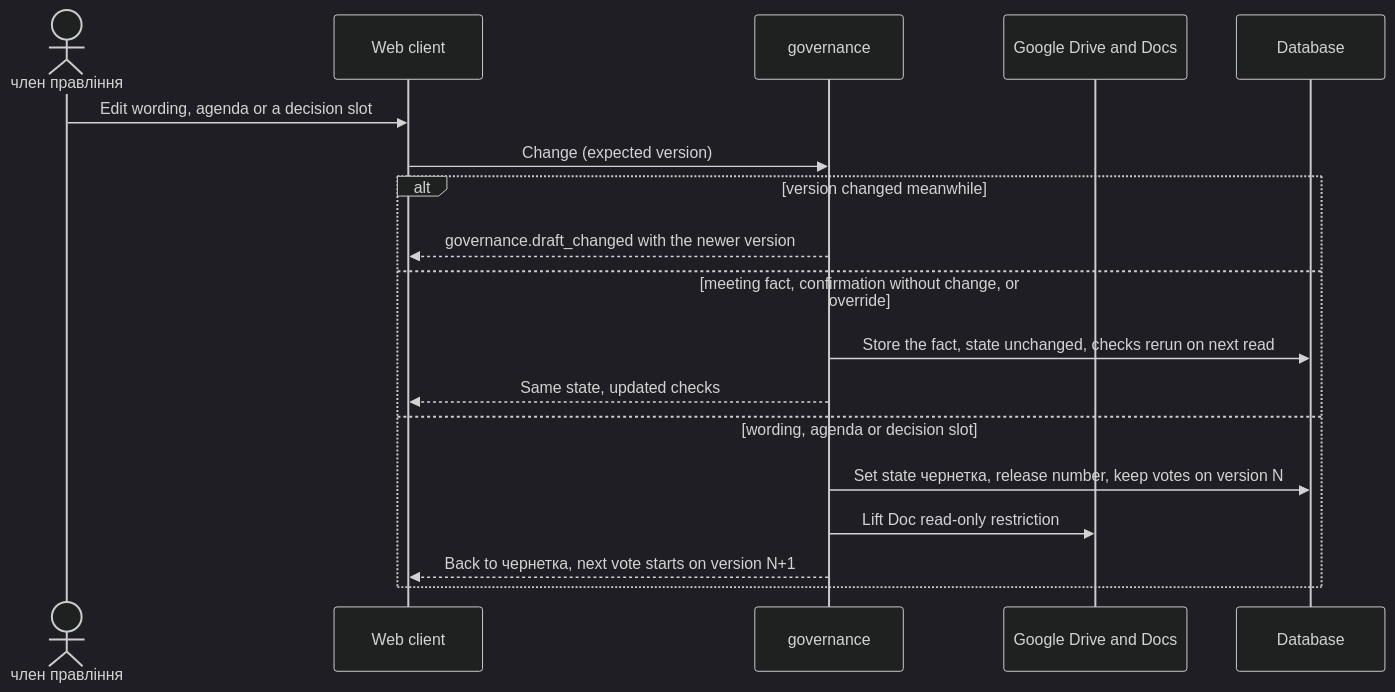
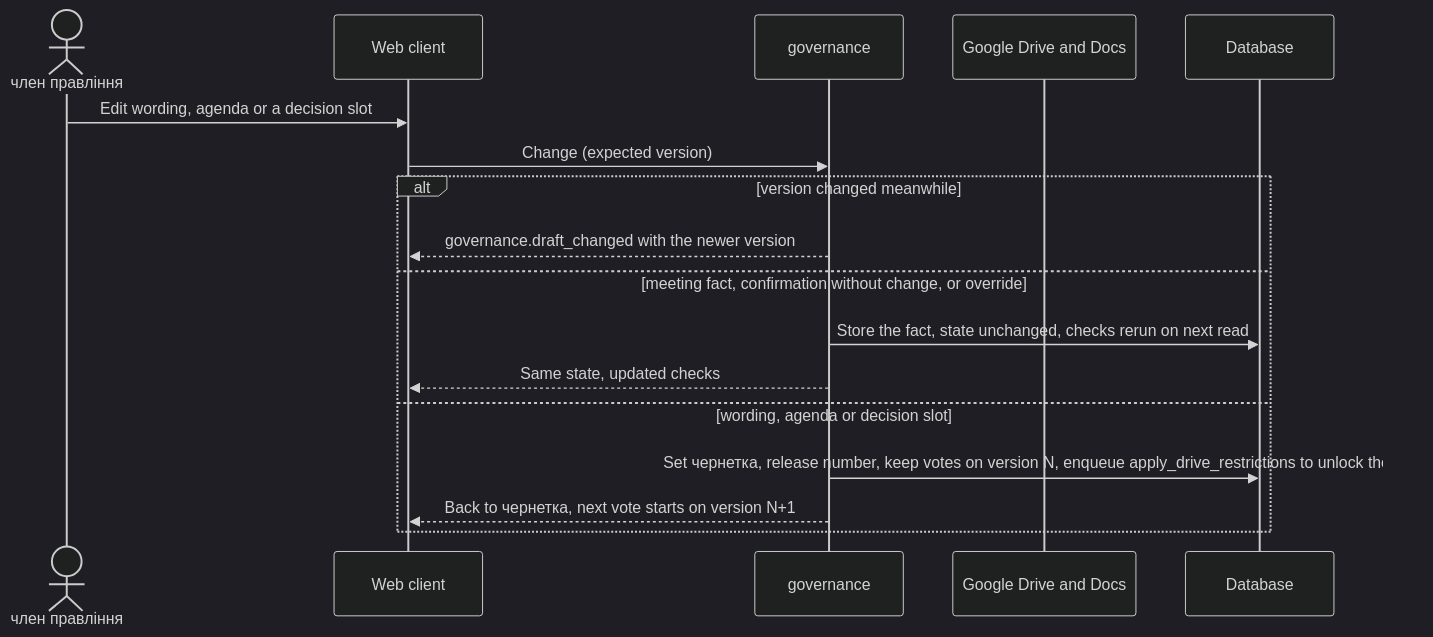
One commit to AndriiOpryshko/spilno changed the sixth of 10 diagrams in docs/features/board-protocol/sad.ao-architecture.md. Above: the diagram before and after it, drawn with Mermaid (dark theme). The commit also changed other lines of this file and 3 other files, not shown here.

Commit message:
board-protocol: sad §6 — flows per PRD §10 transition, Google failure flow, Drive restrictions as retried jobs

````diff
--- a/docs/features/board-protocol/sad.ao-architecture.md
+++ b/docs/features/board-protocol/sad.ao-architecture.md
@@ -303,20 +301,19 @@
 ```mermaid
 sequenceDiagram
     actor M as член правління
     participant web as Web client
     participant gov as governance
     participant drive as Google Drive and Docs
     participant db as Database
     M->>web: Edit wording, agenda or a decision slot
     web->>gov: Change (expected version)
     alt version changed meanwhile
         gov-->>web: governance.draft_changed with the newer version
     else meeting fact, confirmation without change, or override
         gov->>db: Store the fact, state unchanged, checks rerun on next read
         gov-->>web: Same state, updated checks
     else wording, agenda or decision slot
-        gov->>db: Set state чернетка, release number, keep votes on version N
-        gov->>drive: Lift Doc read-only restriction
+        gov->>db: Set чернетка, release number, keep votes on version N, enqueue apply_drive_restrictions to unlock the Doc
         gov-->>web: Back to чернетка, next vote starts on version N+1
     end
 ```
````
